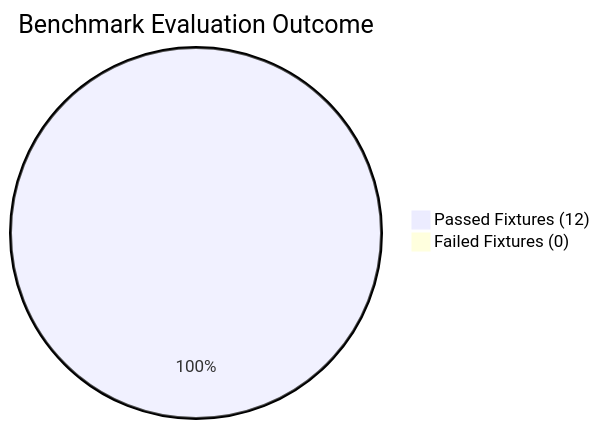
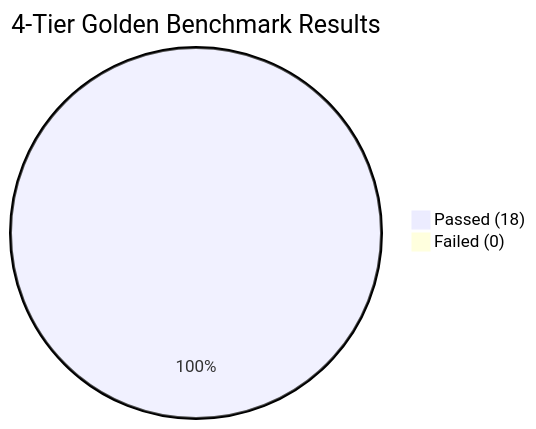
One commit to isaac30tsai/project-elevate-2026-group5 changed the diagram in eval/evaluation_report.md. Above: the diagram before and after it, drawn with Mermaid. The commit also changed other lines of this file and 6 other files, not shown here.

````diff
--- a/eval/evaluation_report.md
+++ b/eval/evaluation_report.md
@@ -15,5 +21,5 @@
 ```mermaid
-pie title Benchmark Evaluation Outcome
-    "Passed Fixtures (12)" : 12
-    "Failed Fixtures (0)" : 0
+pie title 4-Tier Golden Benchmark Results
+    "Passed (18)" : 18
+    "Failed (0)" : 0
 ```
````
